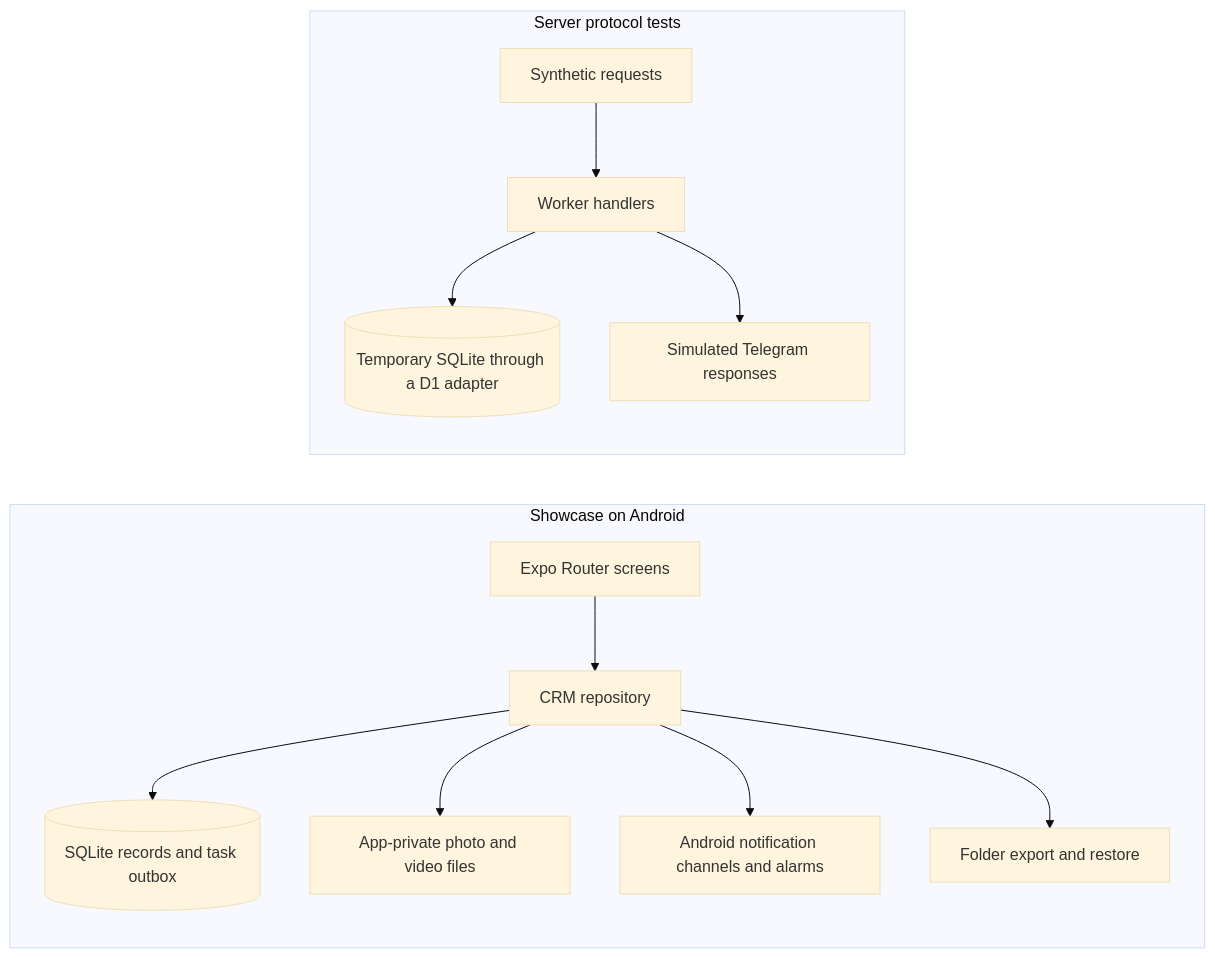
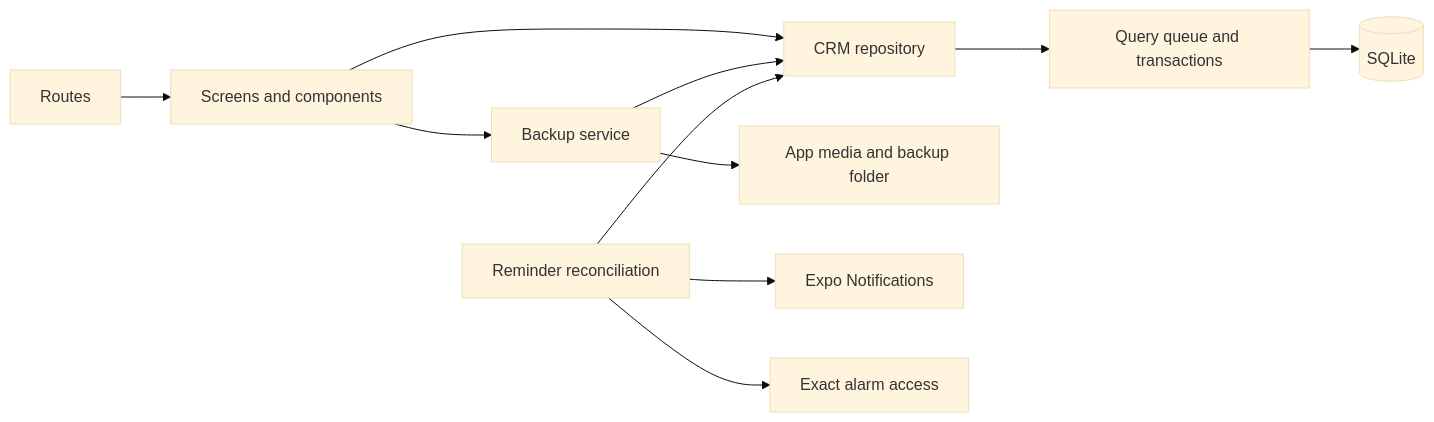
Before and after one commit to DKI62/AutoCRM-Showcase: the diagram in README.en.md, drawn with Mermaid (base theme). The commit also changed other lines of this file and 17 other files, not shown here.

````diff
--- a/README.en.md
+++ b/README.en.md
@@ -41,16 +39,12 @@
 ```mermaid
 flowchart LR
-    subgraph Mobile ["Showcase on Android"]
-        Screens["Expo Router screens"] --> Repository["CRM repository"]
-        Repository --> SQLite[("SQLite records and task outbox")]
-        Repository --> Media["App-private photo and video files"]
-        Repository --> Reminders["Android notification channels and alarms"]
-        Repository --> Backup["Folder export and restore"]
-    end
-
-    subgraph Tests ["Server protocol tests"]
-        Fixtures["Synthetic requests"] --> Worker["Worker handlers"]
-        Worker --> D1[("Temporary SQLite through a D1 adapter")]
-        Worker --> FakeBot["Simulated Telegram responses"]
-    end
+    Routes["Routes"] --> Screens["Screens and components"]
+    Screens --> Repository["CRM repository"]
+    Repository --> Store["Query queue and transactions"] --> SQLite[("SQLite")]
+    Screens --> Backup["Backup service"]
+    Backup --> Repository
+    Backup --> Media["App media and backup folder"]
+    Reminders["Reminder reconciliation"] --> Repository
+    Reminders --> Notifications["Expo Notifications"]
+    Reminders --> Alarm["Exact alarm access"]
 ```
````
